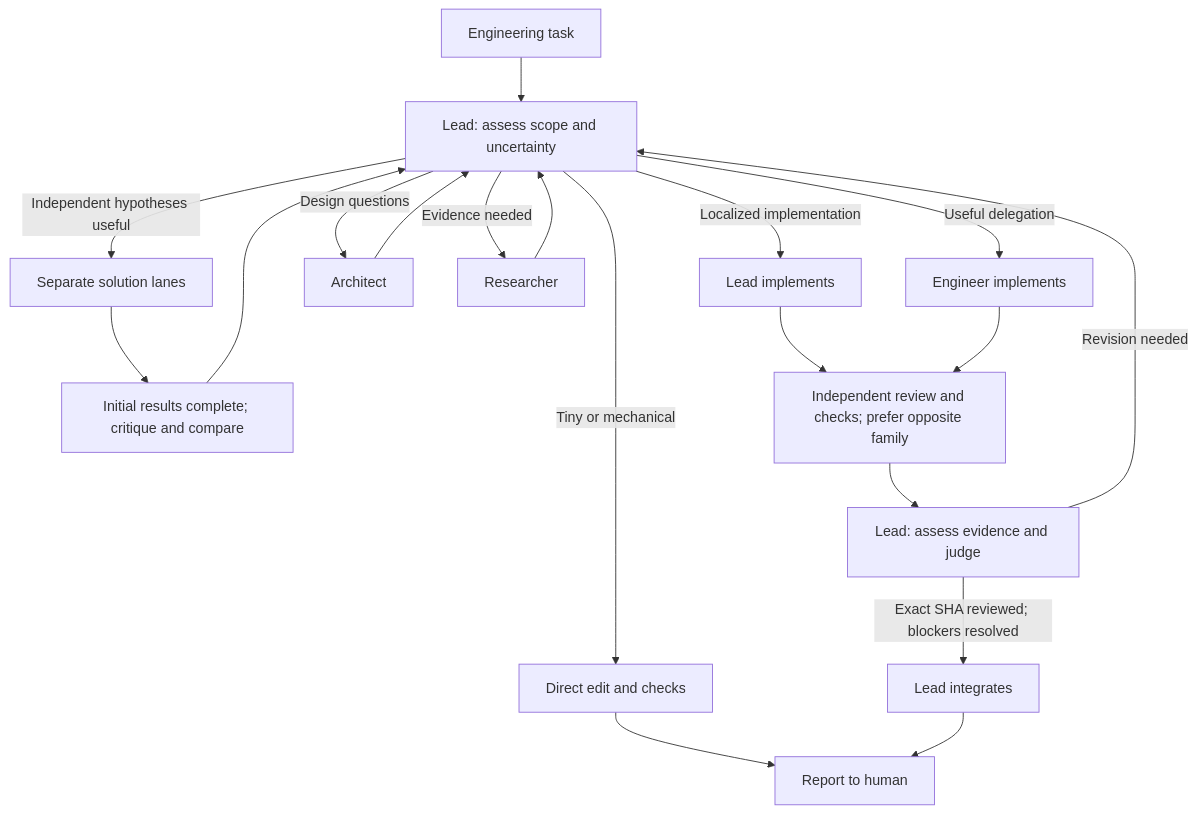
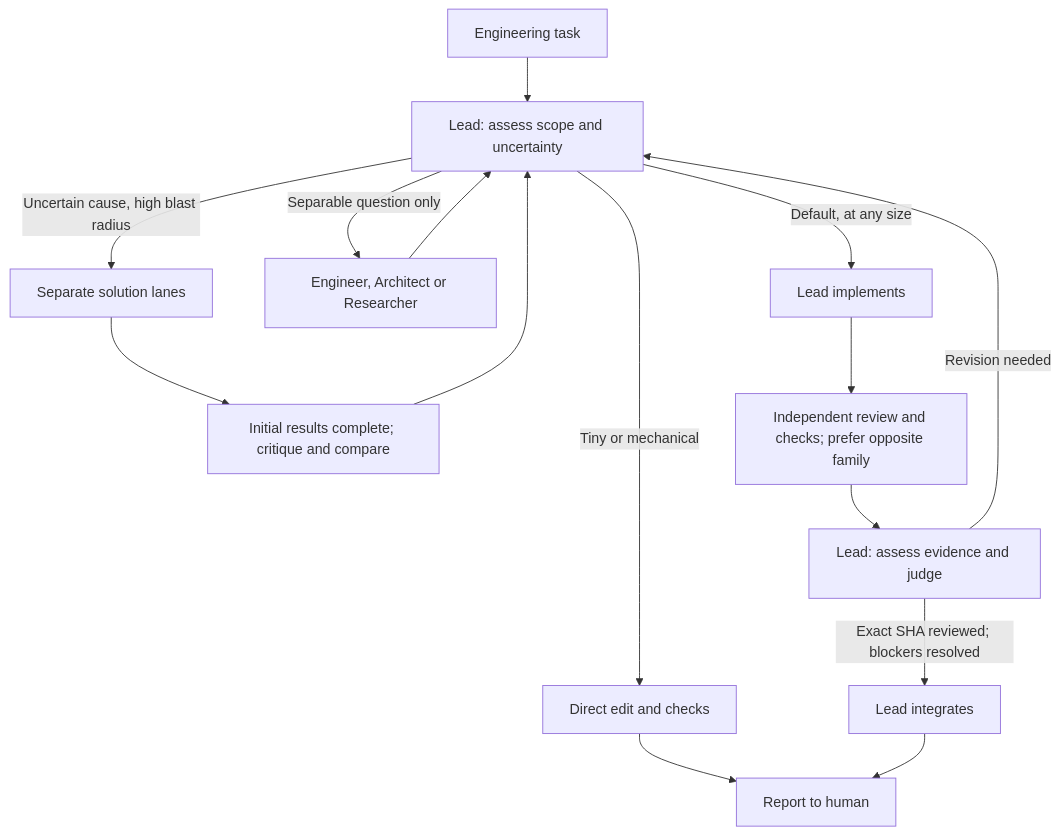
Before and after one commit to hyunyul-XCENA/multi-ai: the diagram in README.md, drawn with Mermaid. The commit also changed other lines of this file and 4 other files, not shown here.

````diff
--- a/README.md
+++ b/README.md
@@ -14,21 +14,17 @@
 ```mermaid
 flowchart TD
     Human["Engineering task"] --> Lead["Lead: assess scope and uncertainty"]
     Lead -->|"Tiny or mechanical"| Direct["Direct edit and checks"]
     Direct --> Report["Report to human"]
-    Lead -->|"Localized implementation"| Local["Lead implements"]
-    Lead -->|"Useful delegation"| Engineer["Engineer implements"]
-    Lead -->|"Design questions"| Architect["Architect"]
-    Lead -->|"Evidence needed"| Researcher["Researcher"]
-    Architect --> Lead
-    Researcher --> Lead
-    Lead -->|"Independent hypotheses useful"| Competition["Separate solution lanes"]
+    Lead -->|"Default, at any size"| Local["Lead implements"]
+    Lead -->|"Separable question only"| Worker["Engineer, Architect or Researcher"]
+    Worker --> Lead
+    Lead -->|"Uncertain cause, high blast radius"| Competition["Separate solution lanes"]
     Competition --> Compare["Initial results complete; critique and compare"]
     Compare --> Lead
     Local --> Review["Independent review and checks; prefer opposite family"]
-    Engineer --> Review
     Review --> Judge["Lead: assess evidence and judge"]
     Judge -->|"Exact SHA reviewed; blockers resolved"| Integrate["Lead integrates"]
     Judge -->|"Revision needed"| Lead
     Integrate --> Report
 ```
````
